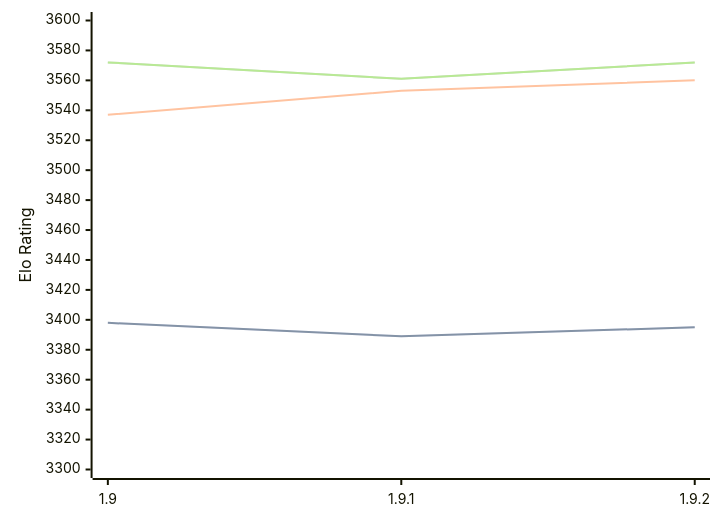
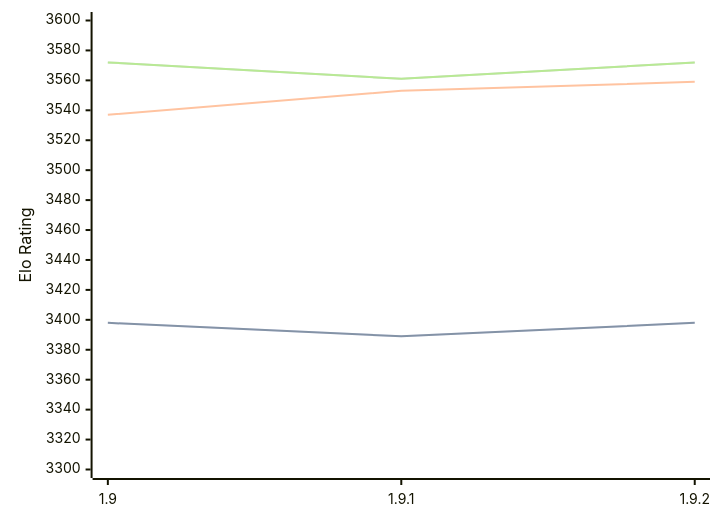
The diagram in engines/Pawnocchio.md (computer-chess-index/cci), drawn with Mermaid before and after one commit. The commit also changed other lines of this file, not shown here.

Commit message:
Update CCI Ratings (ELO VLTC) - 2026-03-24

````diff
--- a/engines/Pawnocchio.md
+++ b/engines/Pawnocchio.md
@@ -48,11 +48,11 @@
 ```mermaid
 %%{init: {"theme":"base","themeVariables":{"seriesColors:['#a3a3a3','#222221','#faa371']}}}%%
 xychart-beta
   x-axis ["1.9", "1.9.1", "1.9.2"]
   y-axis "Elo Rating" 3300 --> 3600
-  line "STC (8.0+0.08s)" [3398, 3389, 3395]
-  line "STC (8.0+0.08s)" [3398, 3389, 3395]
-  line "LTC (60.0+0.60s)" [3537, 3553, 3560]
+  line "STC (8.0+0.08s)" [3398, 3389, 3398]
+  line "STC (8.0+0.08s)" [3398, 3389, 3398]
+  line "LTC (60.0+0.60s)" [3537, 3553, 3559]
   line "VLTC (2m24s+1.12s)" [3572, 3561, 3572]
   line "VLTC (2m24s+1.12s)" [3572, 3561, 3572]
 ```
````
